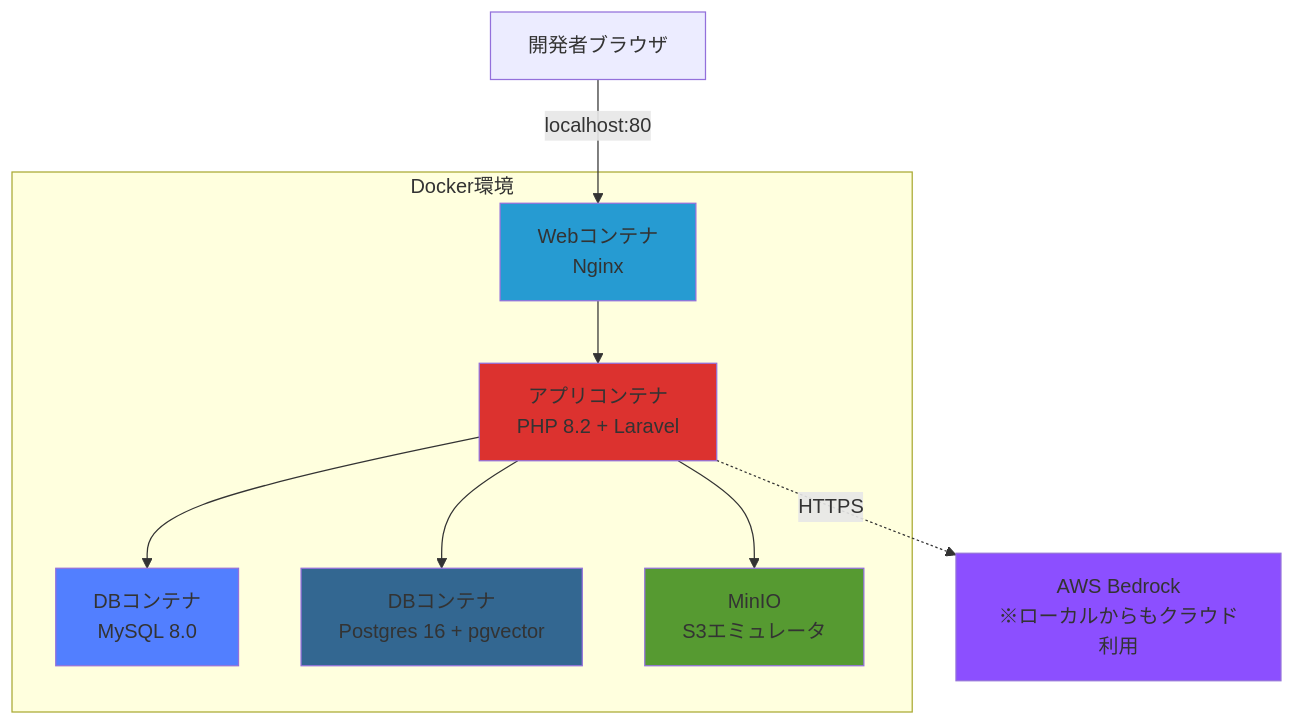
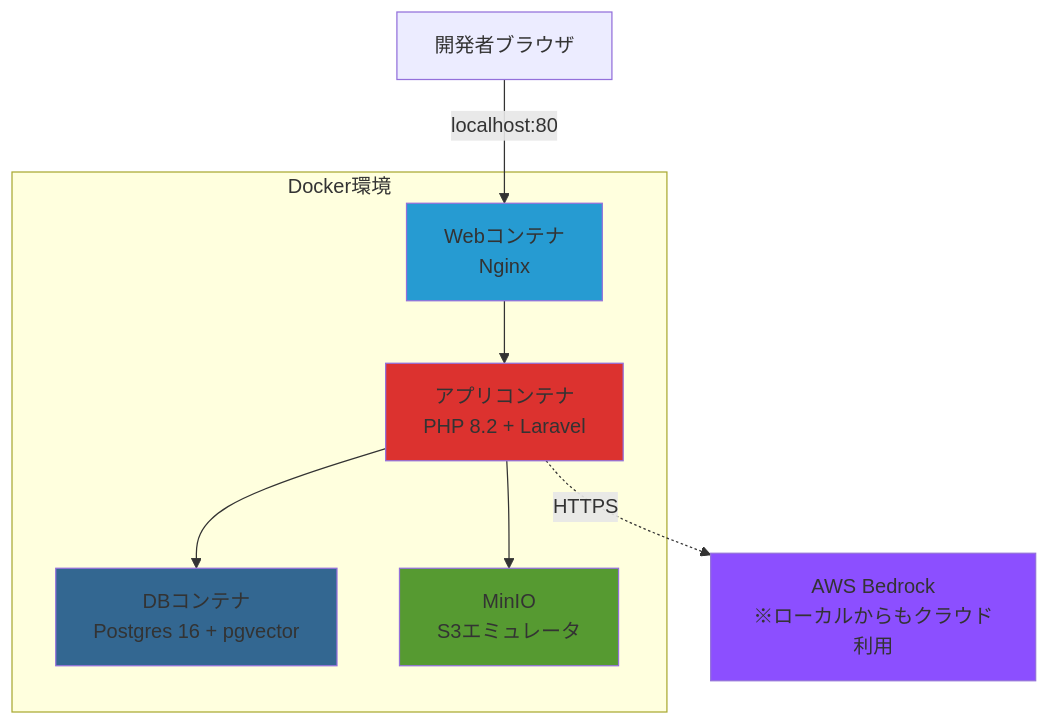
Before and after one commit to tetsu2026/movie-profile: the second of 3 diagrams in docs/design-docs/02_architecture.md, drawn with Mermaid. The commit also changed other lines of this file and 5 other files, not shown here.

````diff
--- a/docs/design-docs/02_architecture.md
+++ b/docs/design-docs/02_architecture.md
@@ -55,24 +52,21 @@
 ```mermaid
 graph TB
     subgraph "Docker環境"
         Web[Webコンテナ<br/>Nginx]
         App[アプリコンテナ<br/>PHP 8.2 + Laravel]
-        DB[DBコンテナ<br/>MySQL 8.0]
-        DBPG[DBコンテナ<br/>Postgres 16 + pgvector]
+        DB[DBコンテナ<br/>Postgres 16 + pgvector]
         LocalS3[MinIO<br/>S3エミュレータ]
     end
 
     Browser[開発者ブラウザ] -->|localhost:80| Web
     Web --> App
     App --> DB
-    App --> DBPG
     App --> LocalS3
     App -.->|HTTPS| BedrockCloud[AWS Bedrock<br/>※ローカルからもクラウド利用]
 
     style Web fill:#269bd2
     style App fill:#dc322f
-    style DB fill:#527FFF
-    style DBPG fill:#336791
+    style DB fill:#336791
     style LocalS3 fill:#569A31
     style BedrockCloud fill:#8C4FFF
 ```
````
